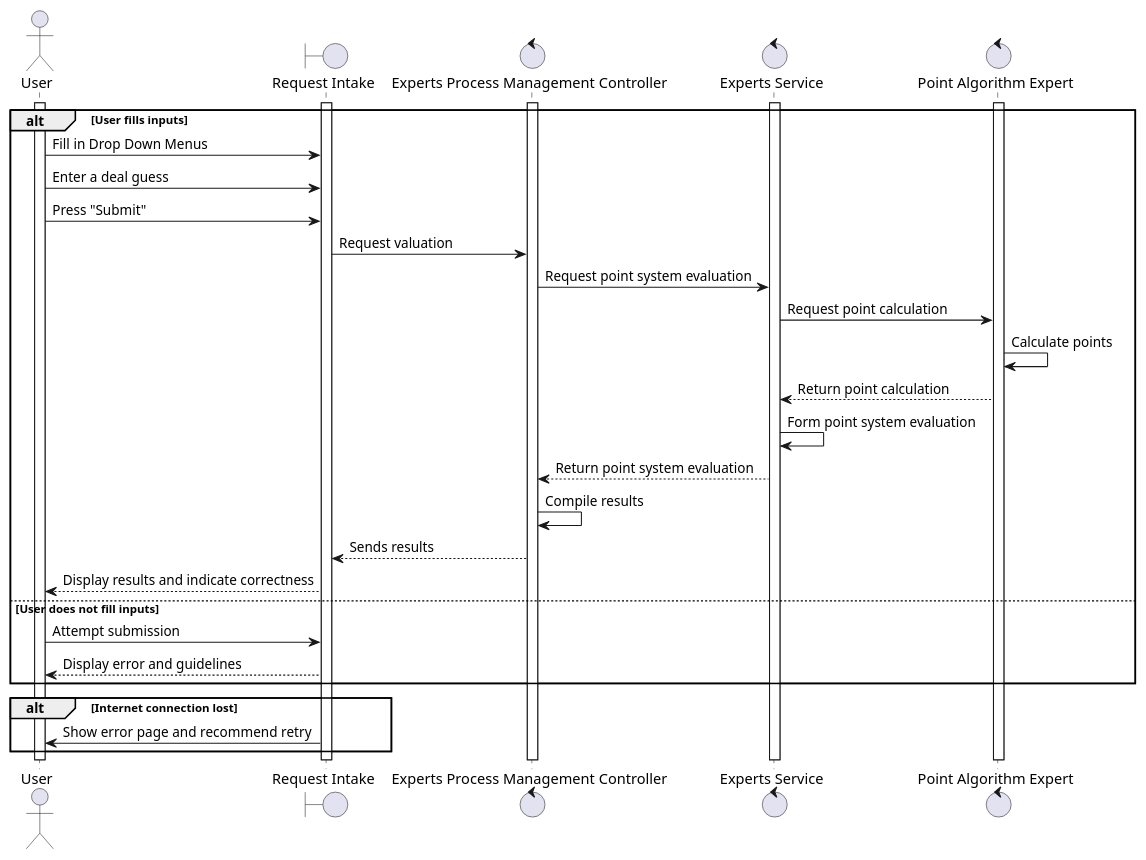
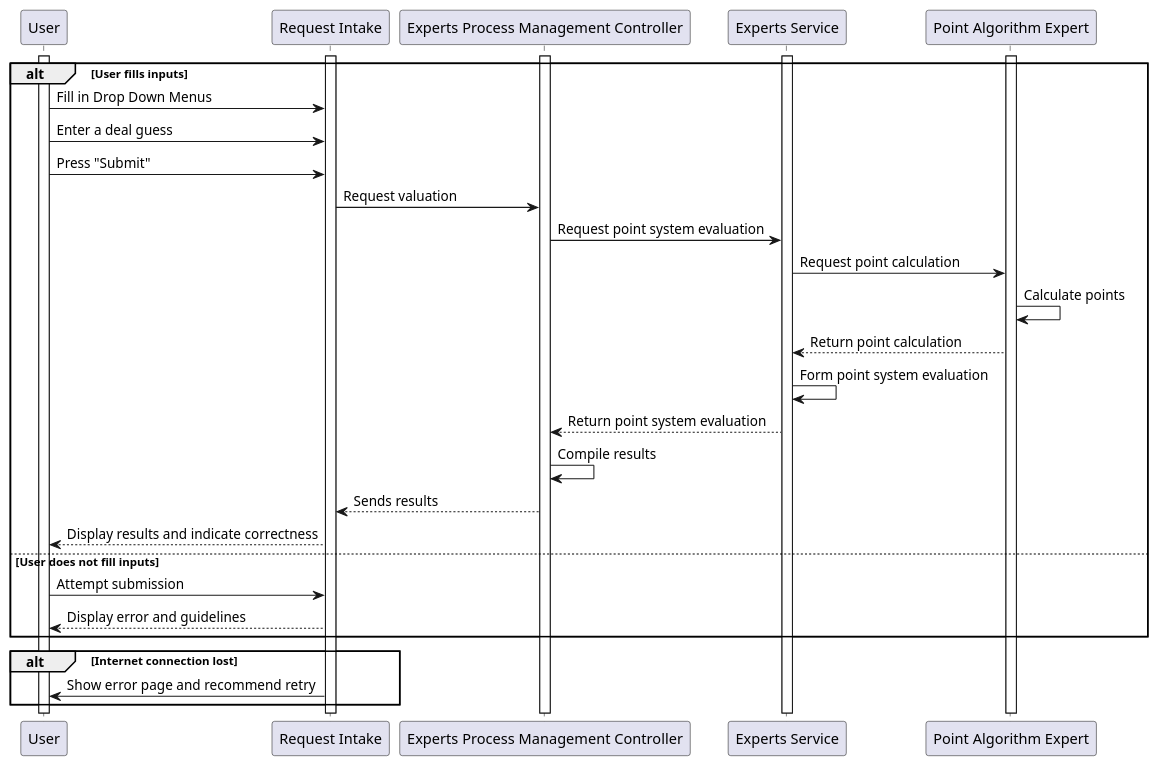
One commit to AhsanM71/SFWRENG-3A04-D1 changed the diagram in PUML/BE1.puml. Above: the diagram before and after it, drawn with PlantUML. The commit also changed 13 other files, not shown here.

Commit message:
updated sequence diagrams

```diff
--- a/PUML/BE1.puml
+++ b/PUML/BE1.puml
@@ -1,36 +1,37 @@
 @startuml be1
-actor User
-boundary "Request Intake" as Intake
-control "Experts Process Management Controller" as Controller
-control "Experts Service" as Service
-control "Point Algorithm Expert" as Algorithm
+participant User
+participant "Request Intake" as Intake
+participant "Experts Process Management Controller" as Controller
+participant "Experts Service" as Service
+participant "Point Algorithm Expert" as Algorithm
+
 activate User
 activate Intake
 activate Controller
 activate Service
 activate Algorithm
 
 alt User fills inputs
     User -> Intake: Fill in Drop Down Menus
     User -> Intake: Enter a deal guess
     User -> Intake: Press "Submit"
     Intake -> Controller: Request valuation
     Controller -> Service: Request point system evaluation
     Service -> Algorithm: Request point calculation
     Algorithm -> Algorithm: Calculate points
     Algorithm --> Service: Return point calculation
     Service -> Service: Form point system evaluation
     Service --> Controller: Return point system evaluation
     Controller -> Controller: Compile results
     Controller --> Intake: Sends results
     Intake --> User: Display results and indicate correctness
 else User does not fill inputs
     User -> Intake: Attempt submission
     Intake --> User: Display error and guidelines
 end
 
 alt Internet connection lost
     Intake -> User: Show error page and recommend retry
 end
 
 @enduml
```
